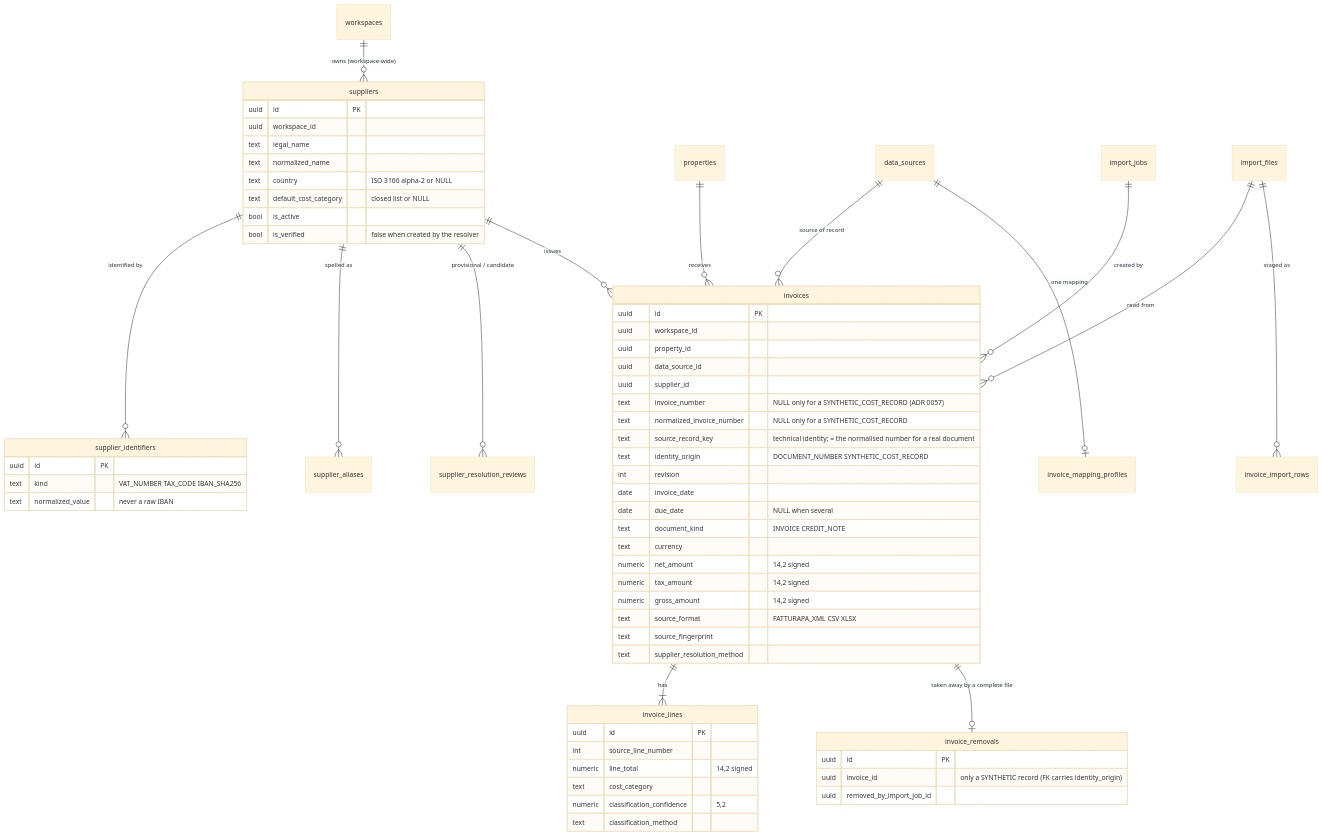
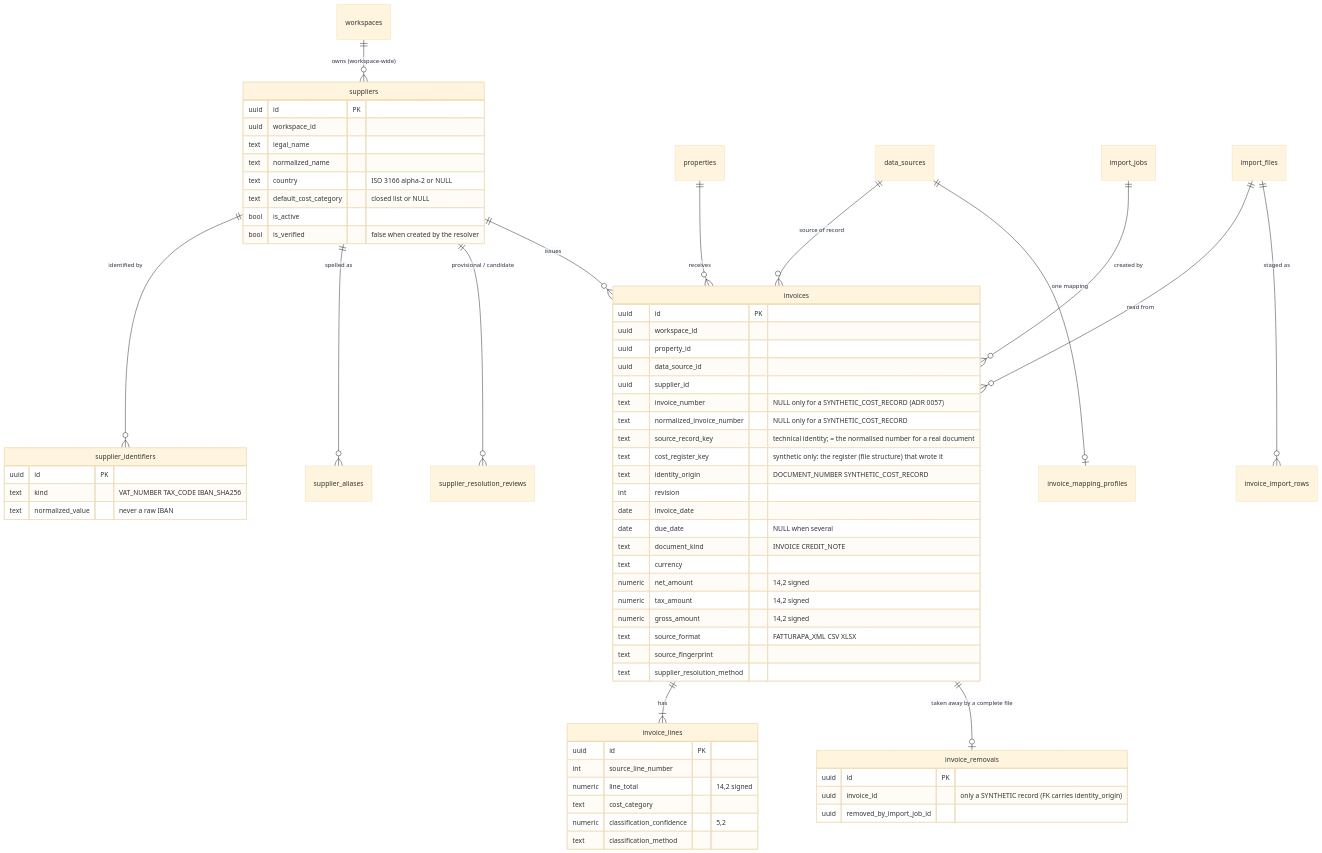
The fifth of 8 diagrams in docs/architecture/data-model-v1.md (agriasystem/ninfa), drawn with Mermaid (base theme) before and after one commit. The commit also changed 12 other files, not shown here.

````diff
--- a/docs/architecture/data-model-v1.md
+++ b/docs/architecture/data-model-v1.md
@@ -417,67 +417,68 @@
 ```mermaid
 erDiagram
     workspaces ||--o{ suppliers : "owns (workspace-wide)"
     suppliers ||--o{ supplier_identifiers : "identified by"
     suppliers ||--o{ supplier_aliases : "spelled as"
     suppliers ||--o{ supplier_resolution_reviews : "provisional / candidate"
     properties ||--o{ invoices : "receives"
     suppliers ||--o{ invoices : "issues"
     data_sources ||--o{ invoices : "source of record"
     import_jobs ||--o{ invoices : "created by"
     import_files ||--o{ invoices : "read from"
     invoices ||--|{ invoice_lines : has
     data_sources ||--o| invoice_mapping_profiles : "one mapping"
     import_files ||--o{ invoice_import_rows : "staged as"
 
     suppliers {
         uuid id PK
         uuid workspace_id
         text legal_name
         text normalized_name
         text country "ISO 3166 alpha-2 or NULL"
         text default_cost_category "closed list or NULL"
         bool is_active
         bool is_verified "false when created by the resolver"
     }
     supplier_identifiers {
         uuid id PK
         text kind "VAT_NUMBER TAX_CODE IBAN_SHA256"
         text normalized_value "never a raw IBAN"
     }
     invoices {
         uuid id PK
         uuid workspace_id
         uuid property_id
         uuid data_source_id
         uuid supplier_id
         text invoice_number "NULL only for a SYNTHETIC_COST_RECORD (ADR 0057)"
         text normalized_invoice_number "NULL only for a SYNTHETIC_COST_RECORD"
         text source_record_key "technical identity; = the normalised number for a real document"
+        text cost_register_key "synthetic only: the register (file structure) that wrote it"
         text identity_origin "DOCUMENT_NUMBER SYNTHETIC_COST_RECORD"
         int revision
         date invoice_date
         date due_date "NULL when several"
         text document_kind "INVOICE CREDIT_NOTE"
         text currency
         numeric net_amount "14,2 signed"
         numeric tax_amount "14,2 signed"
         numeric gross_amount "14,2 signed"
         text source_format "FATTURAPA_XML CSV XLSX"
         text source_fingerprint
         text supplier_resolution_method
     }
     invoice_removals {
         uuid id PK
         uuid invoice_id "only a SYNTHETIC record (FK carries identity_origin)"
         uuid removed_by_import_job_id
     }
     invoices ||--o| invoice_removals : "taken away by a complete file"
     invoice_lines {
         uuid id PK
         int source_line_number
         numeric line_total "14,2 signed"
         text cost_category
         numeric classification_confidence "5,2"
         text classification_method
     }
 ```
````
